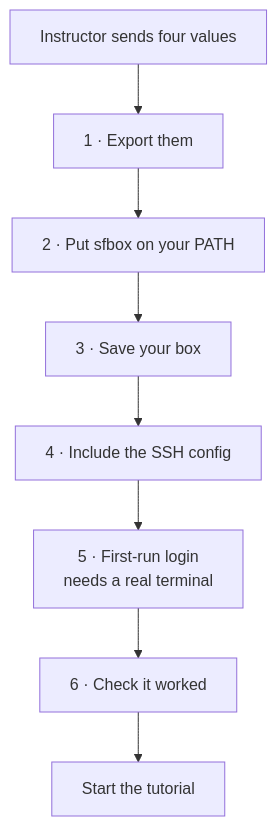
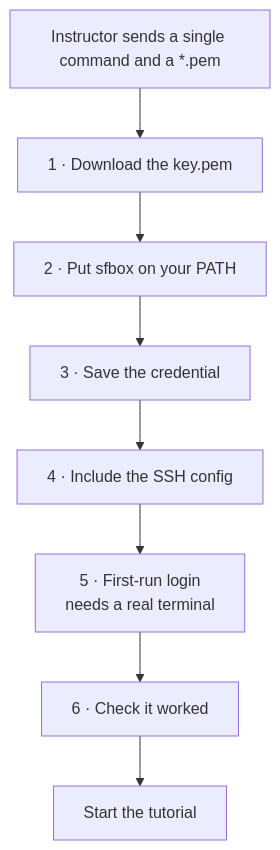
One commit to actual-software/sf-tutorial changed the diagram in CLOUD_BOX_GUIDE.md. Above: the diagram before and after it, drawn with Mermaid. The commit also changed other lines of this file and 55 other files, not shown here.

````diff
--- a/CLOUD_BOX_GUIDE.md
+++ b/CLOUD_BOX_GUIDE.md
@@ -33,10 +21,10 @@
 ```mermaid
 flowchart TD
-    A[Instructor sends four values] --> B[1 · Export them]
+    A[Instructor sends a single command and a *.pem] --> B[1 · Download the key.pem]
     B --> C[2 · Put sfbox on your PATH]
-    C --> D[3 · Save your box]
+    C --> D[3 · Save the credential]
     D --> E[4 · Include the SSH config]
     E --> F[5 · First-run login<br/>needs a real terminal]
     F --> G[6 · Check it worked]
     G --> H[Start the tutorial]
 ```
````
